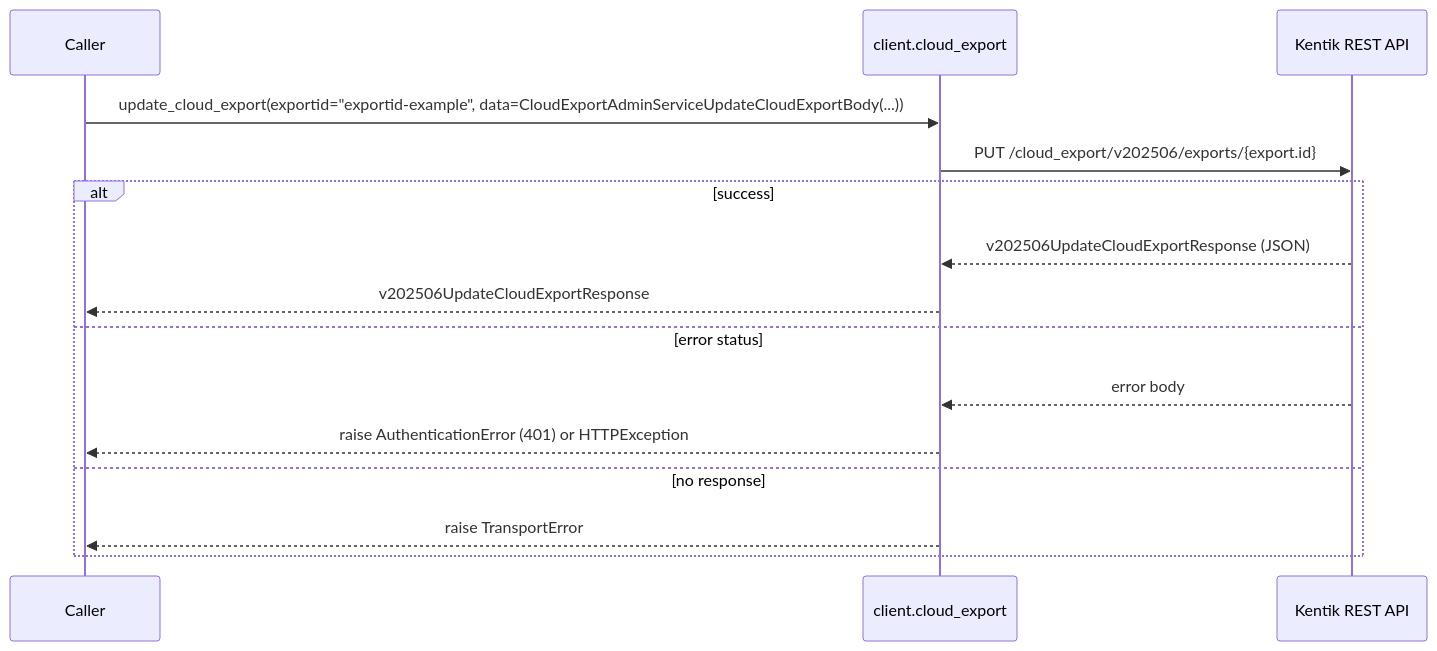
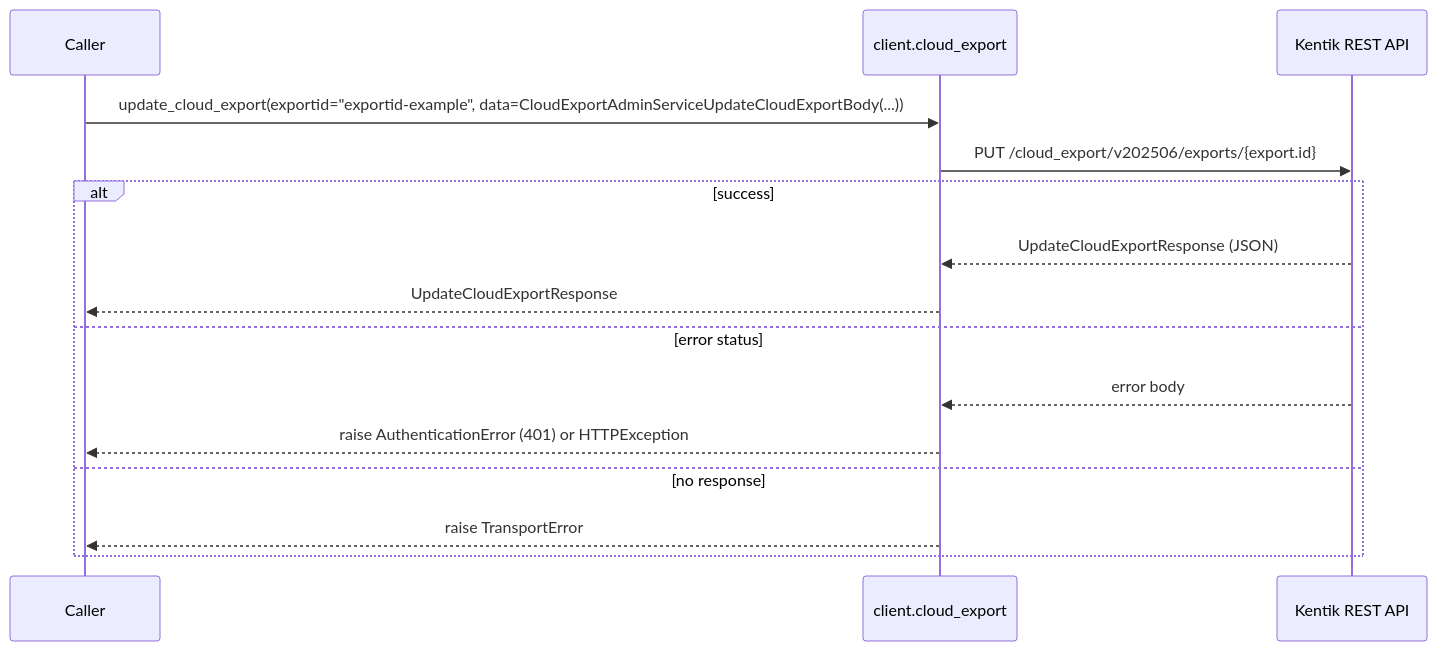
Before and after one commit to alexdearaujo/community_sdk_python: the eighth of 12 diagrams in docs/sphinx/services/cloud_export.md, drawn with Mermaid. The commit also changed other lines of this file and 38 other files, not shown here.

````diff
--- a/docs/sphinx/services/cloud_export.md
+++ b/docs/sphinx/services/cloud_export.md
@@ -258,18 +258,18 @@
 ```mermaid
 sequenceDiagram
     participant C as Caller
     participant W as client.cloud_export
     participant API as Kentik REST API
 
     C->>W: update_cloud_export(exportid="exportid-example", data=CloudExportAdminServiceUpdateCloudExportBody(...))
     W->>API: PUT /cloud_export/v202506/exports/{export.id}
     alt success
-        API-->>W: v202506UpdateCloudExportResponse (JSON)
-        W-->>C: v202506UpdateCloudExportResponse
+        API-->>W: UpdateCloudExportResponse (JSON)
+        W-->>C: UpdateCloudExportResponse
     else error status
         API-->>W: error body
         W-->>C: raise AuthenticationError (401) or HTTPException
     else no response
         W-->>C: raise TransportError
     end
 ```
````
